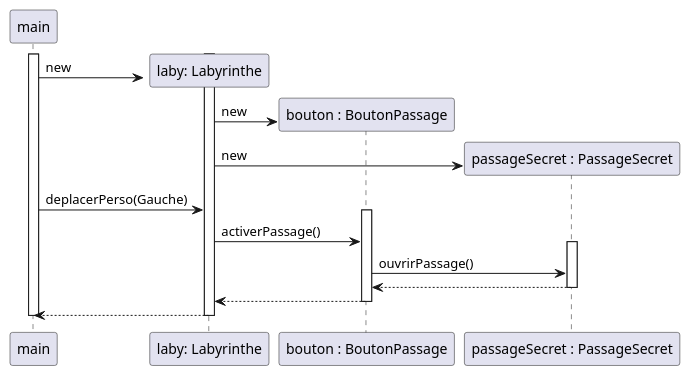
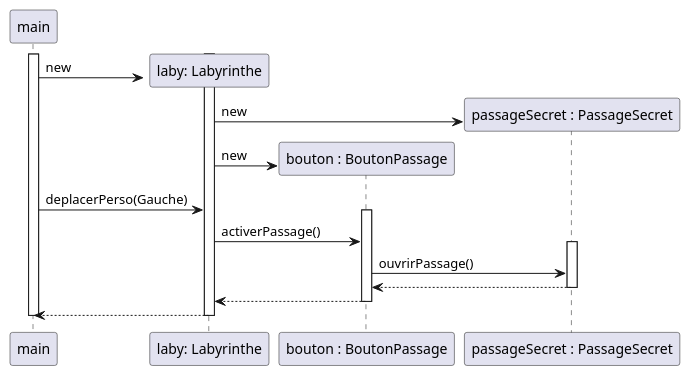
Before and after one commit to Zhi-Sheng-Trieu/2022_Zeldiablo_Doan_Oudin_Trieu_Noel: the diagram in documents/version_2/diagrammeSequenceOuverturePassage.puml, drawn with PlantUML. The commit also changed other lines of this file and 4 other files, not shown here.

Commit message:
Ajout et mise a jour des diagrammes

```diff
--- a/documents/version_2/diagrammeSequenceOuverturePassage.puml
+++ b/documents/version_2/diagrammeSequenceOuverturePassage.puml
@@ -1,28 +1,28 @@
 @startuml
 participant "main" as main
 participant "laby: Labyrinthe" as laby
 participant "bouton : BoutonPassage" as bouton
 participant "passageSecret : PassageSecret" as passageSecret
 
 create laby
 activate main
     activate laby
         main -> laby : new
+        create passageSecret
+        laby -> passageSecret : new
         create bouton
         laby -> bouton : new
-        create passageSecret
-        laby -> passageSecret : new
         main -> laby : deplacerPerso(Gauche)
         activate bouton
         laby -> bouton : activerPassage()
         activate passageSecret
             bouton -> passageSecret : ouvrirPassage()
             passageSecret --> bouton
         deactivate passageSecret
         bouton --> laby
         deactivate bouton
         laby --> main
     deactivate laby
 deactivate main
 
 @enduml
```
